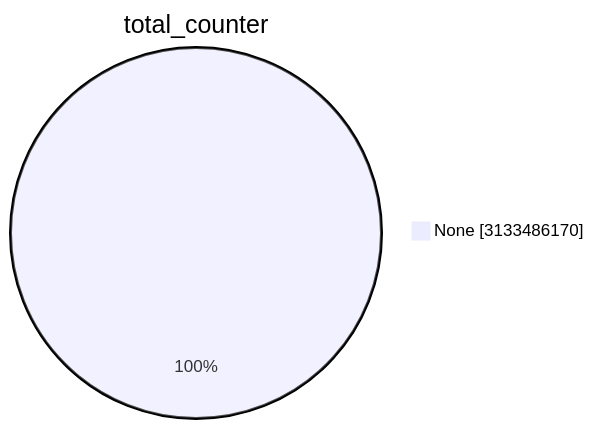
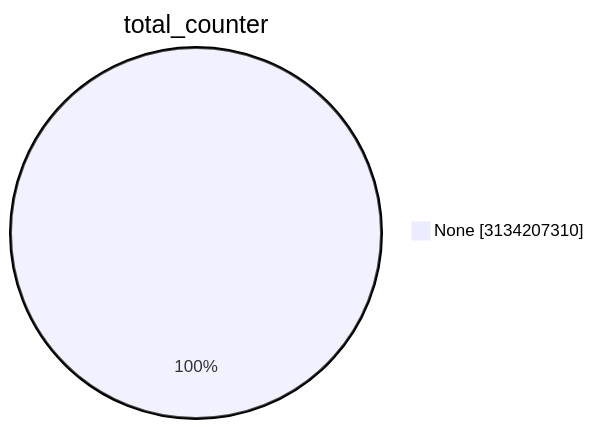
One commit to christiankrug/ctmonitor_visualization changed the first of 15 diagrams in TOTAL/README.md. Above: the diagram before and after it, drawn with Mermaid. The commit also changed other lines of this file, not shown here.

````diff
--- a/TOTAL/README.md
+++ b/TOTAL/README.md
@@ -1,5 +1,5 @@
 ```mermaid
 pie showData
 title total_counter
-"None" :3133486170
+"None" :3134207310
 ```
````
